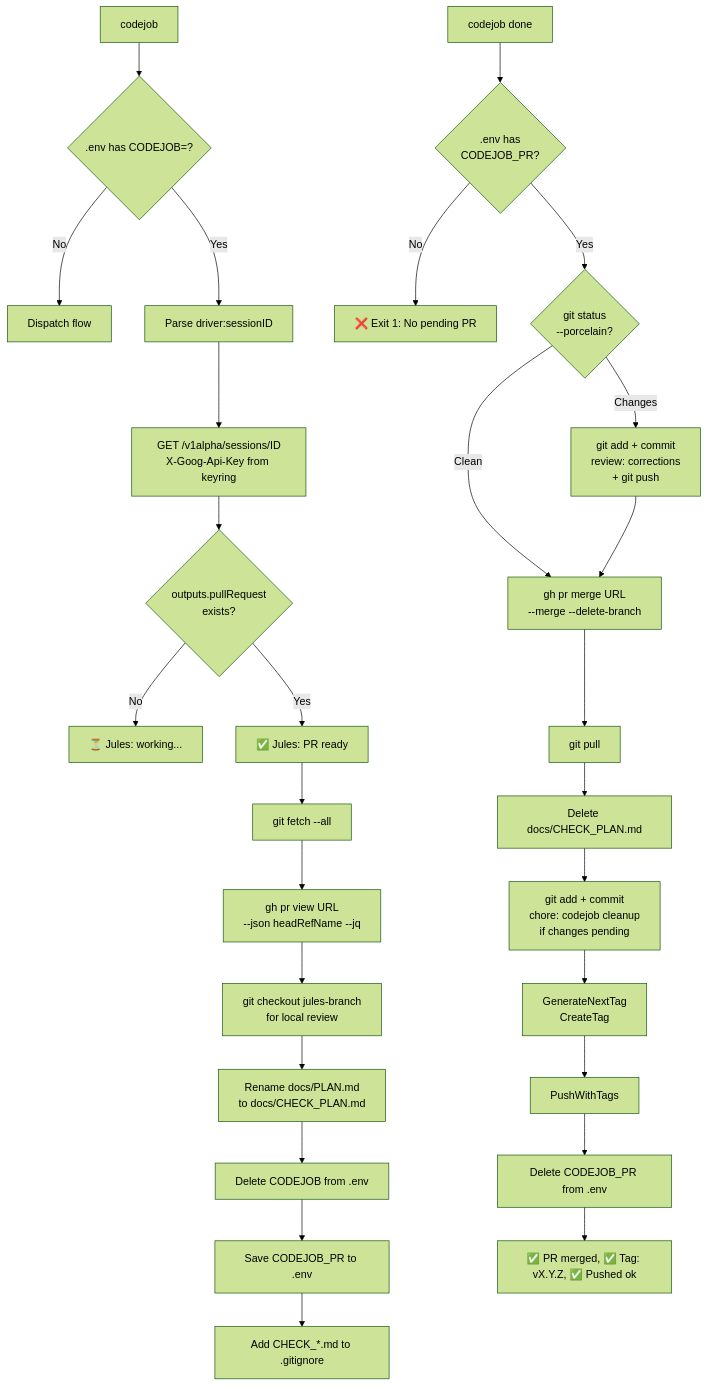
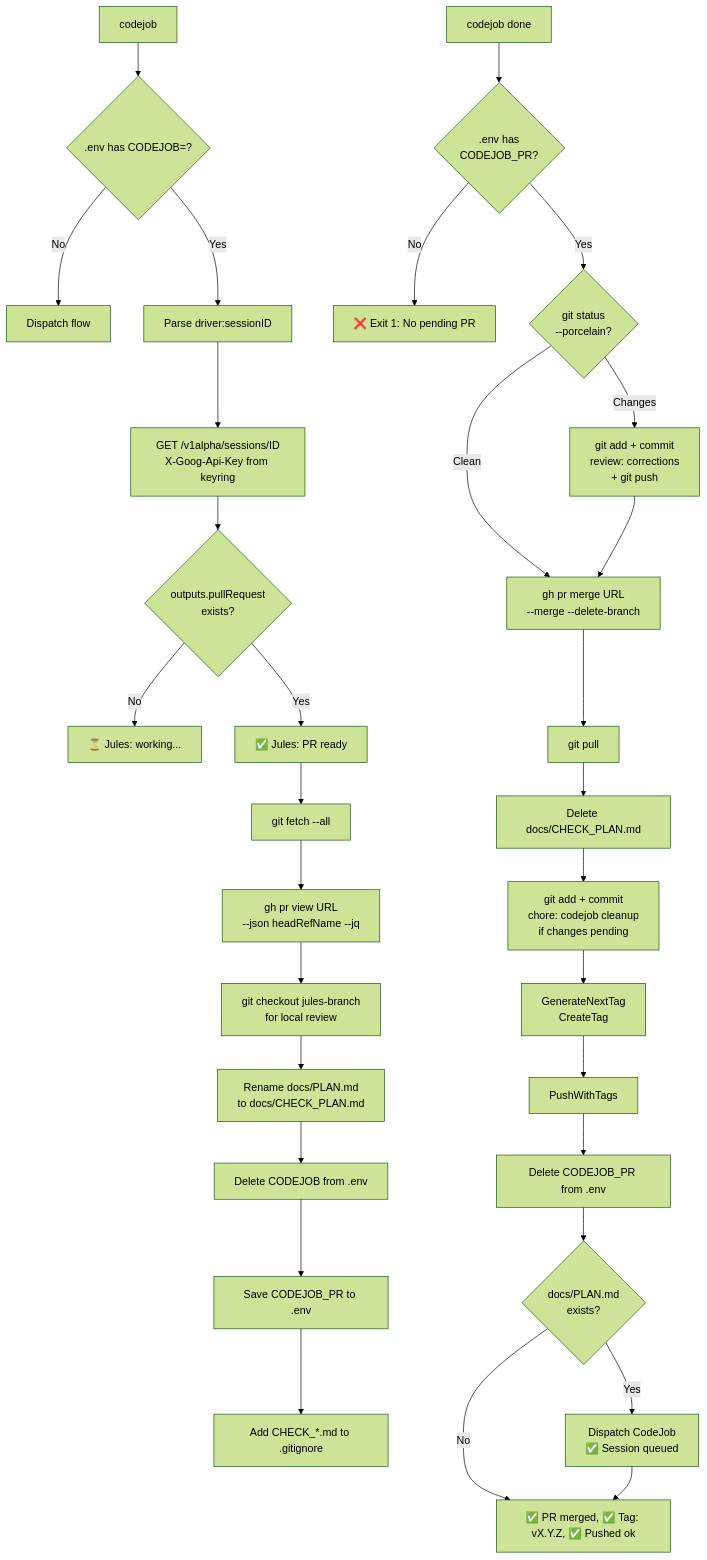
Before and after one commit to tinywasm/devflow: the diagram in docs/codejob/diagrams/CODEJOB_STATE_FLOW.md, drawn with Mermaid (forest theme). The commit also changed 5 other files, not shown here.

First line of the commit message:
I have implemented a feature to trigger the next CodeJob automatically upon completion. Now, when the job successfully merges a PR and pulls changes, it checks for the existence of `docs/PLAN.md`. If found, it automatically dispatches the next CodeJob session, creating a continuous workflow loop.

````diff
--- a/docs/codejob/diagrams/CODEJOB_STATE_FLOW.md
+++ b/docs/codejob/diagrams/CODEJOB_STATE_FLOW.md
@@ -1,31 +1,34 @@
 ```mermaid
 flowchart TD
     A[codejob] --> B{.env has CODEJOB=?}
     B -->|No| C[Dispatch flow]
     B -->|Yes| D[Parse driver:sessionID]
     D --> E[GET /v1alpha/sessions/ID<br/>X-Goog-Api-Key from keyring]
     E --> F{outputs.pullRequest<br/>exists?}
     F -->|No| G[⏳ Jules: working...]
     F -->|Yes| H[✅ Jules: PR ready]
     H --> I[git fetch --all]
     I --> BRANCH[gh pr view URL<br/>--json headRefName --jq]
     BRANCH --> CHECKOUT[git checkout jules-branch<br/>for local review]
     CHECKOUT --> J[Rename docs/PLAN.md<br/>to docs/CHECK_PLAN.md]
     J --> K[Delete CODEJOB from .env]
     K --> L[Save CODEJOB_PR to .env]
     L --> M[Add CHECK_*.md to .gitignore]
 
     DONE[codejob done] --> PR_CHECK{.env has<br/>CODEJOB_PR?}
     PR_CHECK -->|No| ERROR[❌ Exit 1: No pending PR]
     PR_CHECK -->|Yes| DIRTY{git status<br/>--porcelain?}
     DIRTY -->|Changes| COMMIT_PRE[git add + commit<br/>review: corrections<br/>+ git push]
     DIRTY -->|Clean| MERGE
     COMMIT_PRE --> MERGE[gh pr merge URL<br/>--merge --delete-branch]
     MERGE --> PULL[git pull]
     PULL --> DEL[Delete docs/CHECK_PLAN.md]
     DEL --> COMMIT[git add + commit<br/>chore: codejob cleanup<br/>if changes pending]
     COMMIT --> TAG[GenerateNextTag<br/>CreateTag]
     TAG --> PUSH[PushWithTags]
     PUSH --> CLEAN[Delete CODEJOB_PR from .env]
-    CLEAN --> RESULT[✅ PR merged, ✅ Tag: vX.Y.Z, ✅ Pushed ok]
+    CLEAN --> DISPATCH{docs/PLAN.md<br/>exists?}
+    DISPATCH -->|No| RESULT[✅ PR merged, ✅ Tag: vX.Y.Z, ✅ Pushed ok]
+    DISPATCH -->|Yes| QUEUE[Dispatch CodeJob<br/>✅ Session queued]
+    QUEUE --> RESULT
 ```
````
